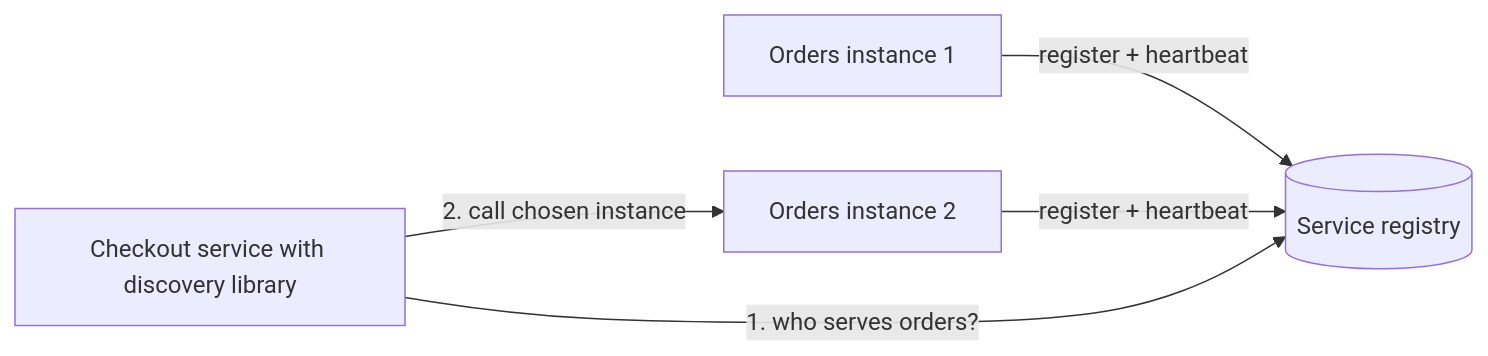
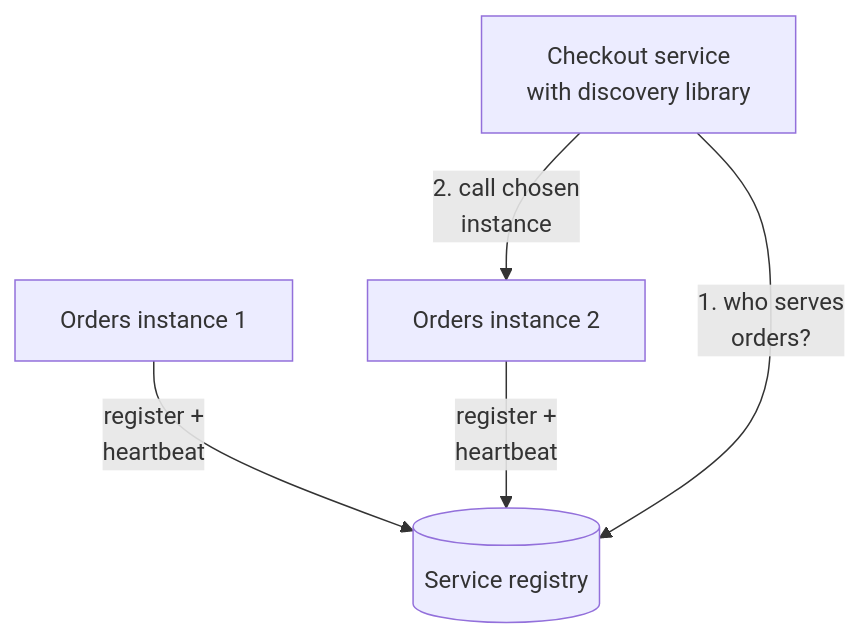
Before and after one commit to butyavk/system-design: the first of 3 diagrams in src/content/docs/architecture/service-discovery-and-mesh.mdx, drawn with Mermaid. The commit also changed other lines of this file and 144 other files, not shown here.

````diff
--- a/src/content/docs/architecture/service-discovery-and-mesh.mdx
+++ b/src/content/docs/architecture/service-discovery-and-mesh.mdx
@@ -29,7 +29,7 @@
 ```mermaid
-flowchart LR
-  inst1["Orders instance 1"] -->|"register + heartbeat"| reg[("Service registry")]
-  inst2["Orders instance 2"] -->|"register + heartbeat"| reg
-  client["Checkout service with discovery library"] -->|"1. who serves orders?"| reg
-  client -->|"2. call chosen instance"| inst2
+flowchart TB
+  inst1["Orders instance 1"] -->|"register +<br/>heartbeat"| reg[("Service registry")]
+  inst2["Orders instance 2"] -->|"register +<br/>heartbeat"| reg
+  client["Checkout service<br/>with discovery library"] -->|"1. who serves<br/>orders?"| reg
+  client -->|"2. call chosen<br/>instance"| inst2
 ```
````
